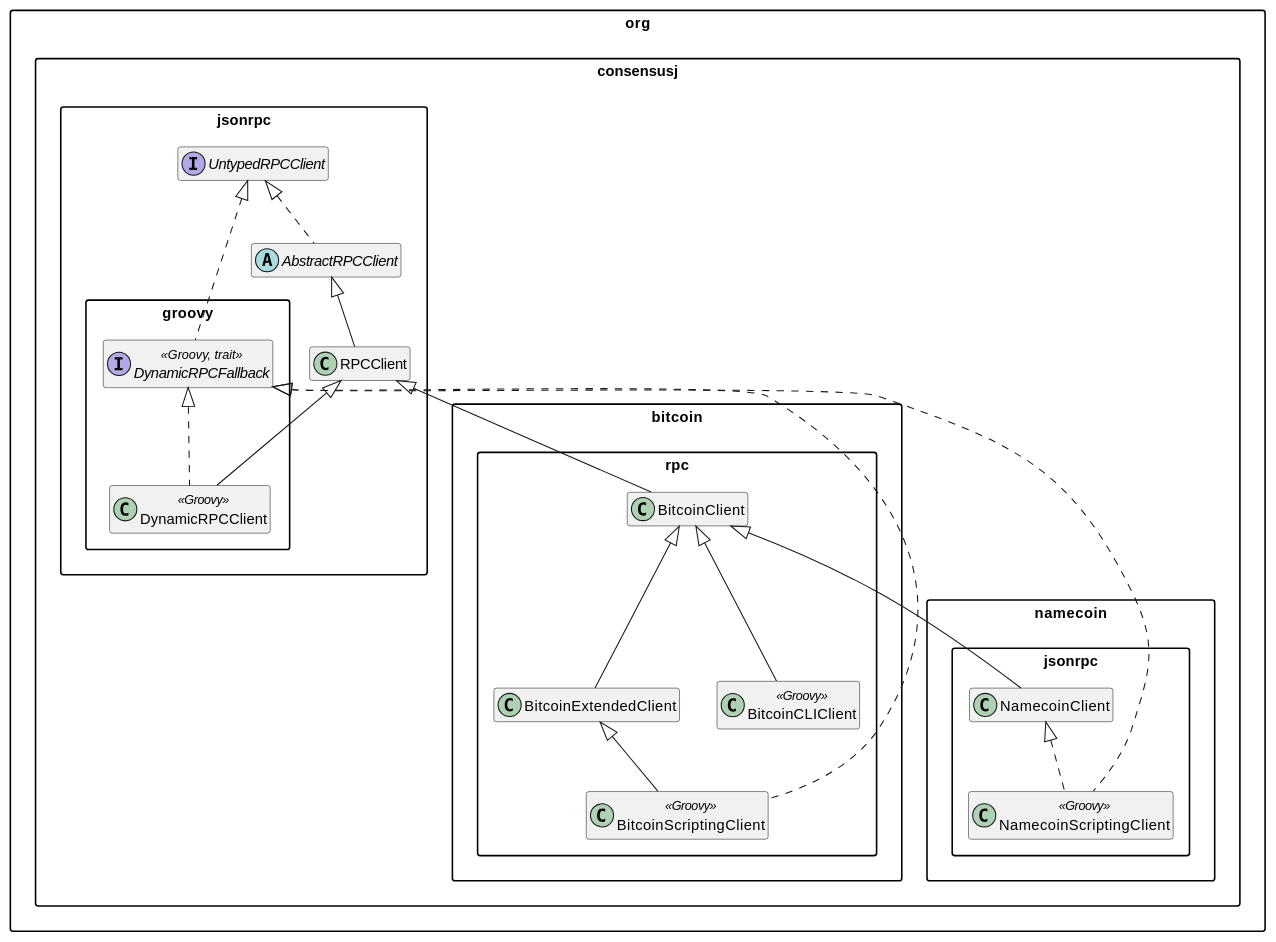
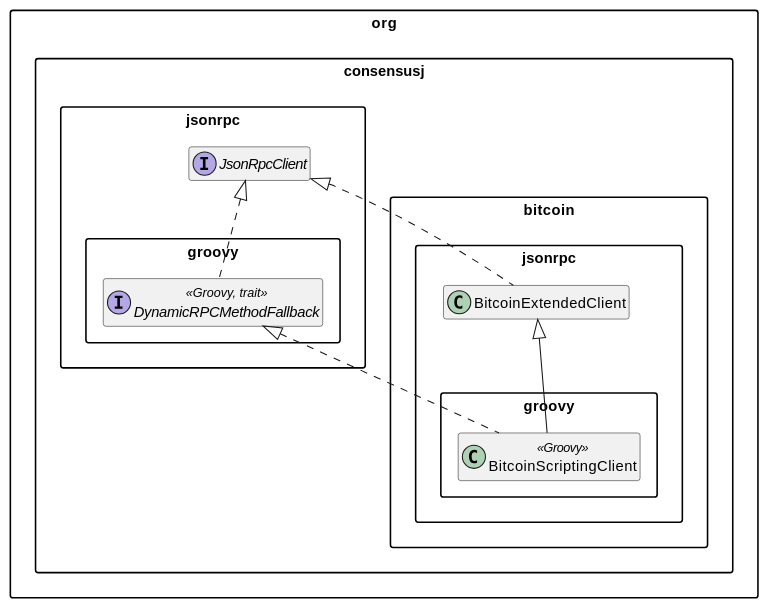
One commit to ConsensusJ/consensusj changed the third of 3 diagrams in doc/consensusj-user-guide.adoc. Above: the diagram before and after it, drawn with PlantUML. The commit also changed other lines of this file and 4 other files, not shown here.

```diff
--- a/doc/consensusj-user-guide.adoc
+++ b/doc/consensusj-user-guide.adoc
@@ -18,49 +83,32 @@
-[plantuml, format="svg", id="class-diagram"]
+[plantuml, format="svg", id="class-diagram-groovy-bitcoin"]
 ....
 skinparam packageStyle Rect
 skinparam shadowing false
 hide empty members
 
 namespace org.consensusj.jsonrpc {
-    interface UntypedRPCClient
-    abstract class AbstractRPCClient
-    class RPCClient
-
-    UntypedRPCClient <|.. AbstractRPCClient
-    AbstractRPCClient <|-- RPCClient
-
+    interface JsonRpcClient
 }
 
 namespace org.consensusj.jsonrpc.groovy {
-  interface DynamicRPCFallback << Groovy, trait >>
-  class DynamicRPCClient << Groovy >>
+  interface DynamicRPCMethodFallback << Groovy, trait >>
 
-  org.consensusj.jsonrpc.UntypedRPCClient <|.. DynamicRPCFallback
-  org.consensusj.jsonrpc.RPCClient <|-- DynamicRPCClient
-  DynamicRPCFallback <|.. DynamicRPCClient
+  org.consensusj.jsonrpc.JsonRpcClient <|.. DynamicRPCMethodFallback
 }
 
-namespace org.consensusj.bitcoin.rpc {
-    class BitcoinClient
+namespace org.consensusj.bitcoin.jsonrpc {
     class BitcoinExtendedClient
 
+    org.consensusj.jsonrpc.JsonRpcClient <|.. BitcoinExtendedClient
+}
+
+namespace org.consensusj.bitcoin.jsonrpc.groovy {
+
     class BitcoinScriptingClient << Groovy >>
-    class BitcoinCLIClient << Groovy >>
 
 
-    org.consensusj.jsonrpc.RPCClient <|-- BitcoinClient
-    BitcoinClient <|-- BitcoinExtendedClient
-    BitcoinExtendedClient <|-- BitcoinScriptingClient
-    org.consensusj.jsonrpc.groovy.DynamicRPCFallback <|.. BitcoinScriptingClient
-    BitcoinClient <|-- BitcoinCLIClient
+    org.consensusj.jsonrpc.groovy.DynamicRPCMethodFallback <|.. BitcoinScriptingClient
+    org.consensusj.bitcoin.jsonrpc.BitcoinExtendedClient <|-- BitcoinScriptingClient
 }
 
-namespace org.consensusj.namecoin.jsonrpc {
-    class NamecoinClient
-    class NamecoinScriptingClient << Groovy >>
-
-    org.consensusj.bitcoin.rpc.BitcoinClient <|-- NamecoinClient
-    NamecoinClient <|.. NamecoinScriptingClient
-    org.consensusj.jsonrpc.groovy.DynamicRPCFallback <|.. NamecoinScriptingClient
-}
 ....
```
